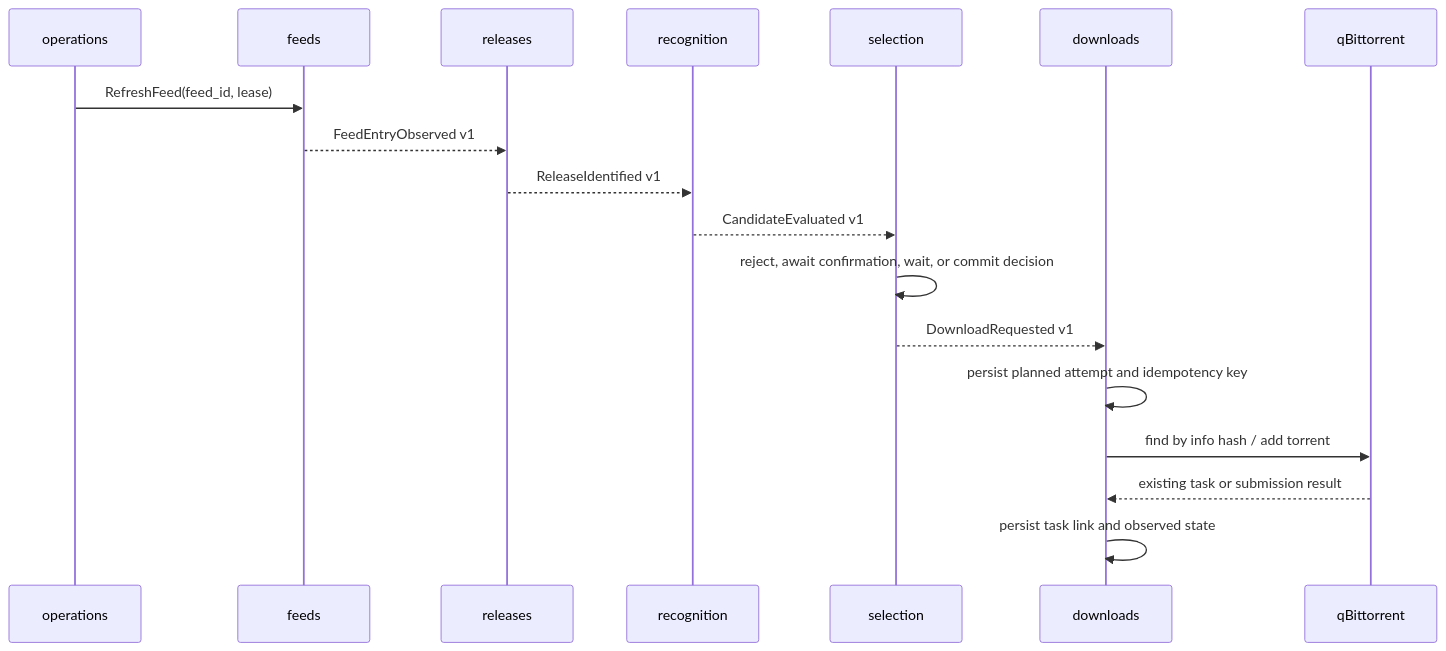
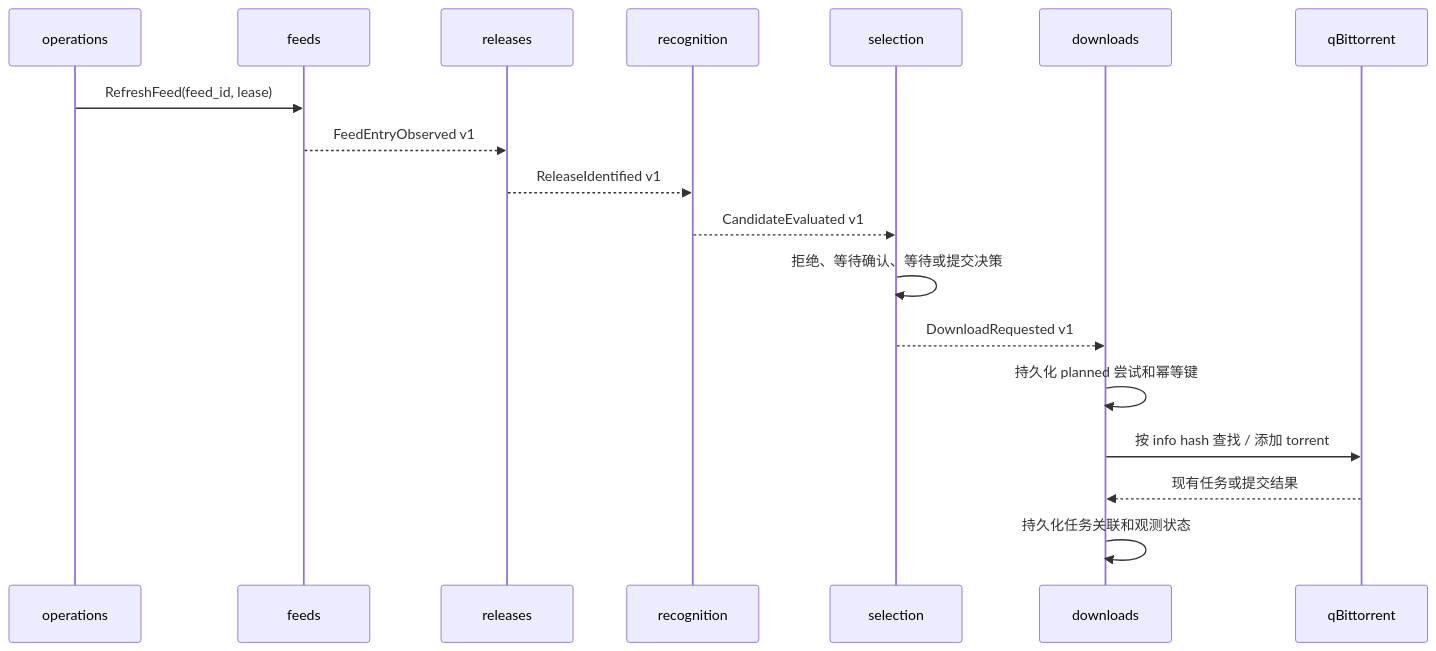
One commit to leavesster/anime-rss changed the third of 4 diagrams in ARCHITECTURE.md. Above: the diagram before and after it, drawn with Mermaid. The commit also changed other lines of this file and 17 other files, not shown here.

````diff
--- a/ARCHITECTURE.md
+++ b/ARCHITECTURE.md
@@ -195,21 +142,21 @@
 ```mermaid
 sequenceDiagram
     participant O as operations
     participant F as feeds
     participant R as releases
     participant M as recognition
     participant S as selection
     participant D as downloads
     participant Q as qBittorrent
 
     O->>F: RefreshFeed(feed_id, lease)
     F-->>R: FeedEntryObserved v1
     R-->>M: ReleaseIdentified v1
     M-->>S: CandidateEvaluated v1
-    S->>S: reject, await confirmation, wait, or commit decision
+    S->>S: 拒绝、等待确认、等待或提交决策
     S-->>D: DownloadRequested v1
-    D->>D: persist planned attempt and idempotency key
-    D->>Q: find by info hash / add torrent
-    Q-->>D: existing task or submission result
-    D->>D: persist task link and observed state
+    D->>D: 持久化 planned 尝试和幂等键
+    D->>Q: 按 info hash 查找 / 添加 torrent
+    Q-->>D: 现有任务或提交结果
+    D->>D: 持久化任务关联和观测状态
 ```
````
